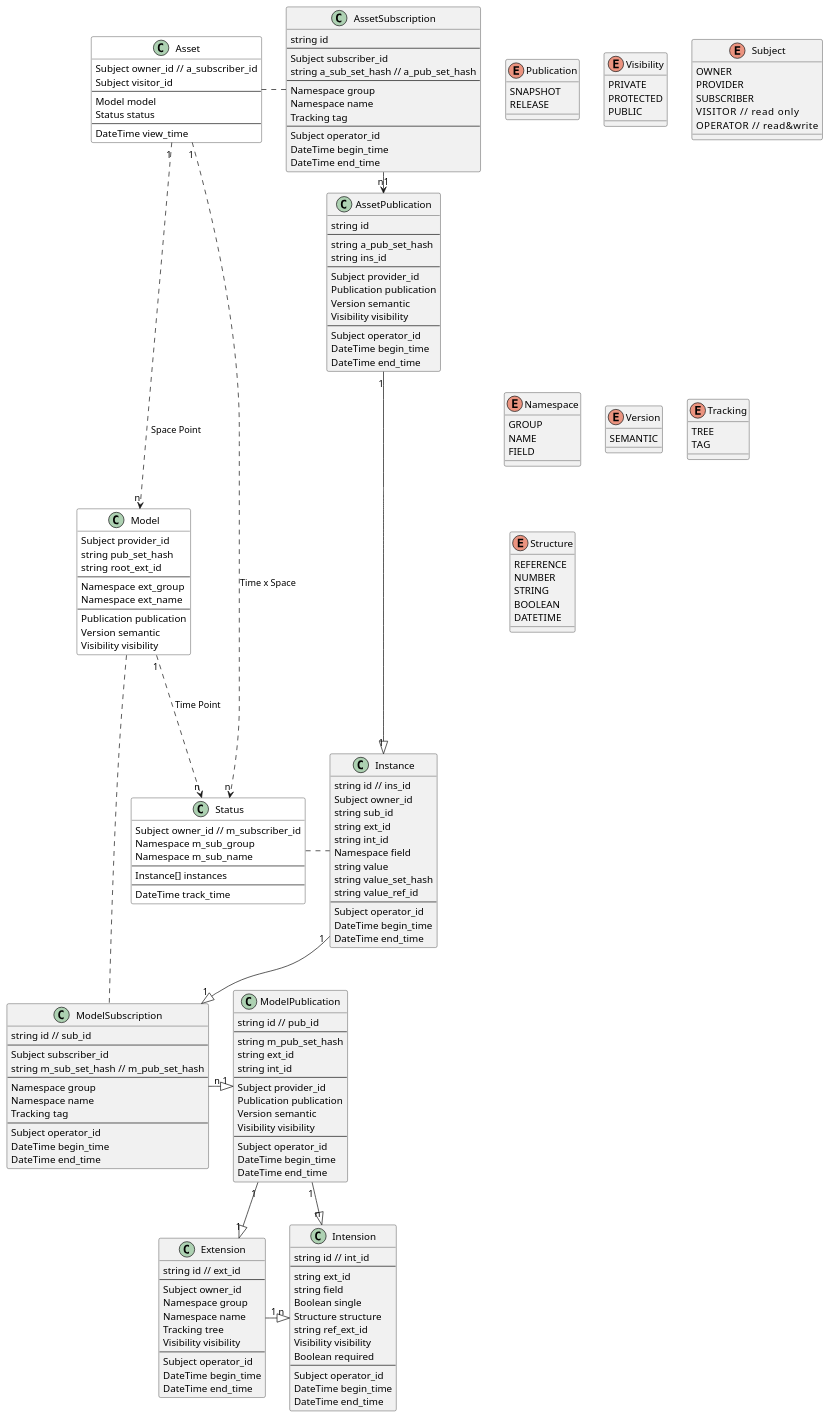
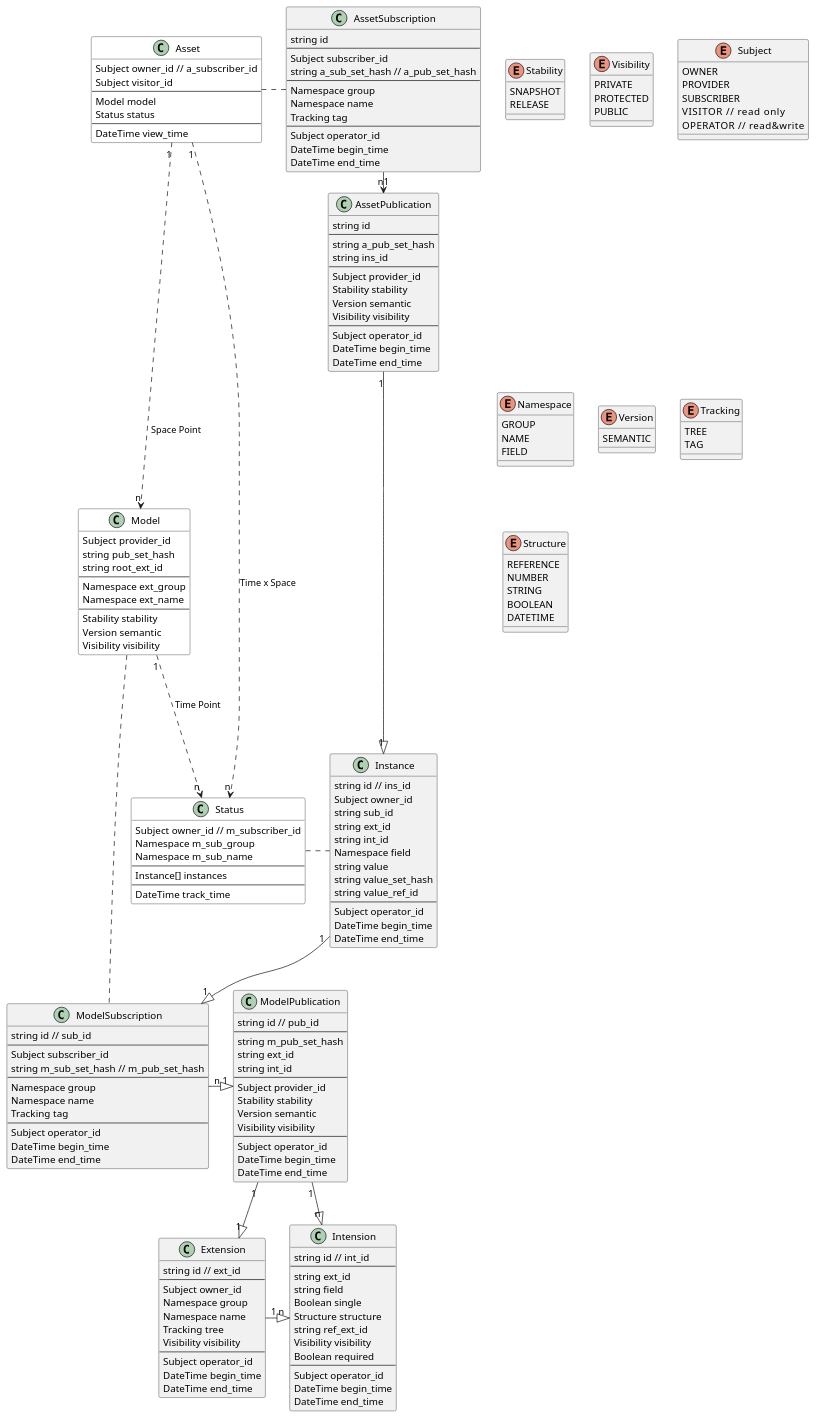
One commit to SINeWang/kiimate changed the diagram in kiimate.puml. Above: the diagram before and after it, drawn with PlantUML. The commit also changed 4 other files, not shown here.

Commit message:
rename publication as stability

```diff
--- a/kiimate.puml
+++ b/kiimate.puml
@@ -56,7 +56,7 @@
     Namespace ext_group
     Namespace ext_name
     ---
-    Publication publication
+    Stability stability
     Version semantic
     Visibility visibility
 }
@@ -83,7 +83,7 @@
     string ins_id
     ---
     Subject provider_id
-    Publication publication
+    Stability stability
     Version semantic
     Visibility visibility
     ---
@@ -132,7 +132,7 @@
     string int_id
     ---
     Subject provider_id
-    Publication publication
+    Stability stability
     Version semantic
     Visibility visibility
     ---
@@ -172,7 +172,7 @@
     DateTime end_time
 }
 
-enum Publication {
+enum Stability {
     SNAPSHOT
     RELEASE
 }
```
